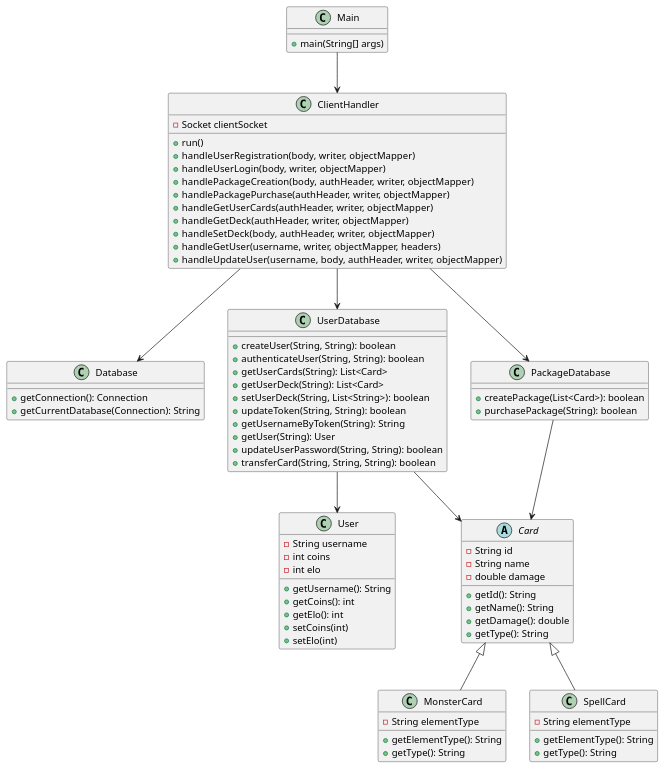
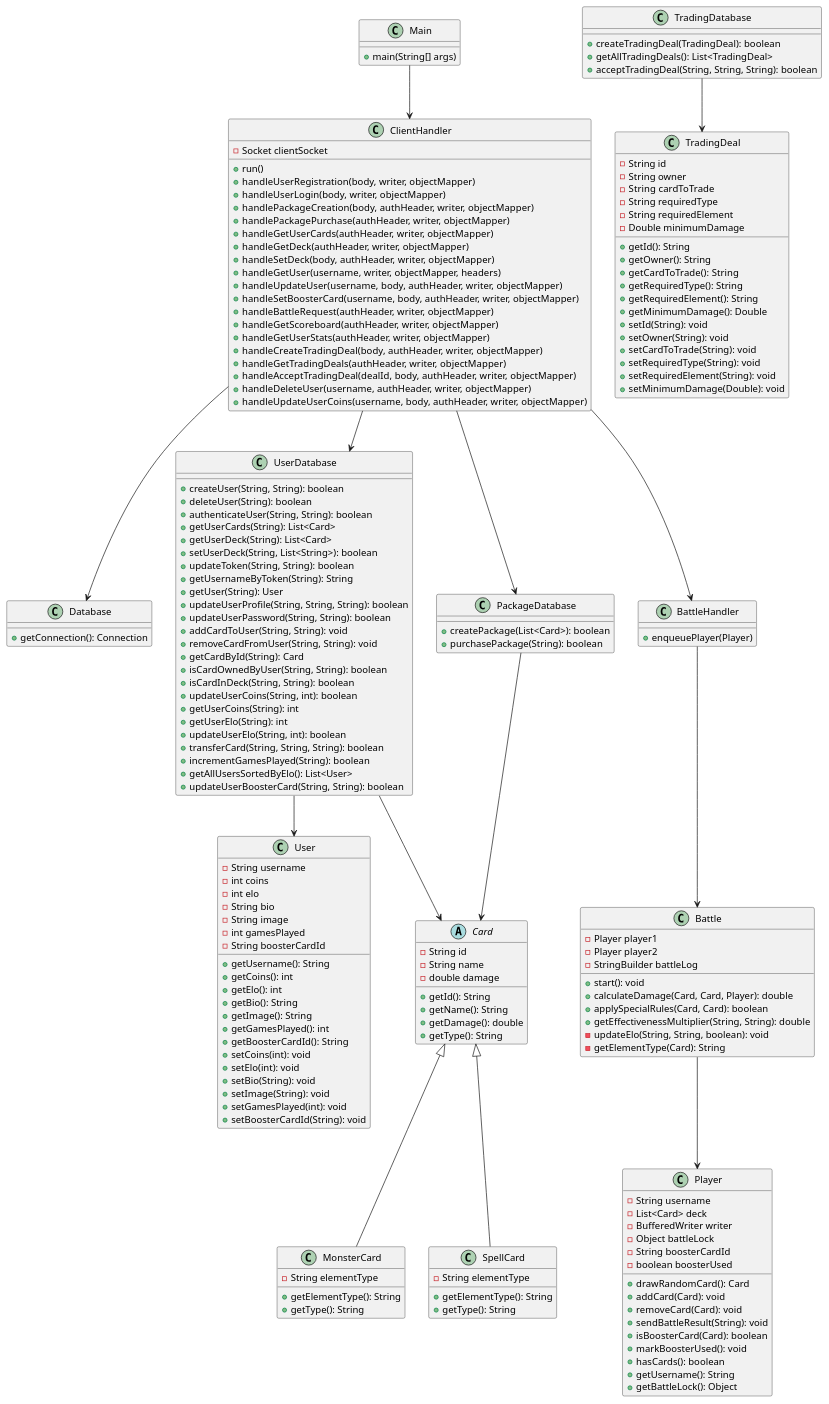
Before and after one commit to callhimcoul/MCTG: the diagram in src/main/java/test.puml, drawn with PlantUML. The commit also changed 1 other file, not shown here.

```diff
--- a/src/main/java/test.puml
+++ b/src/main/java/test.puml
@@ -1,85 +1,184 @@
 @startuml
 class Main {
     +main(String[] args)
 }
 
 class ClientHandler {
     -Socket clientSocket
     +run()
     +handleUserRegistration(body, writer, objectMapper)
     +handleUserLogin(body, writer, objectMapper)
     +handlePackageCreation(body, authHeader, writer, objectMapper)
     +handlePackagePurchase(authHeader, writer, objectMapper)
     +handleGetUserCards(authHeader, writer, objectMapper)
     +handleGetDeck(authHeader, writer, objectMapper)
     +handleSetDeck(body, authHeader, writer, objectMapper)
     +handleGetUser(username, writer, objectMapper, headers)
     +handleUpdateUser(username, body, authHeader, writer, objectMapper)
+    +handleSetBoosterCard(username, body, authHeader, writer, objectMapper)
+    +handleBattleRequest(authHeader, writer, objectMapper)
+    +handleGetScoreboard(authHeader, writer, objectMapper)
+    +handleGetUserStats(authHeader, writer, objectMapper)
+    +handleCreateTradingDeal(body, authHeader, writer, objectMapper)
+    +handleGetTradingDeals(authHeader, writer, objectMapper)
+    +handleAcceptTradingDeal(dealId, body, authHeader, writer, objectMapper)
+    +handleDeleteUser(username, authHeader, writer, objectMapper)
+    +handleUpdateUserCoins(username, body, authHeader, writer, objectMapper)
 }
 
 class Database {
     +getConnection(): Connection
-    +getCurrentDatabase(Connection): String
 }
 
 class UserDatabase {
     +createUser(String, String): boolean
+    +deleteUser(String): boolean
     +authenticateUser(String, String): boolean
     +getUserCards(String): List<Card>
     +getUserDeck(String): List<Card>
     +setUserDeck(String, List<String>): boolean
     +updateToken(String, String): boolean
     +getUsernameByToken(String): String
     +getUser(String): User
+    +updateUserProfile(String, String, String): boolean
     +updateUserPassword(String, String): boolean
+    +addCardToUser(String, String): void
+    +removeCardFromUser(String, String): void
+    +getCardById(String): Card
+    +isCardOwnedByUser(String, String): boolean
+    +isCardInDeck(String, String): boolean
+    +updateUserCoins(String, int): boolean
+    +getUserCoins(String): int
+    +getUserElo(String): int
+    +updateUserElo(String, int): boolean
     +transferCard(String, String, String): boolean
+    +incrementGamesPlayed(String): boolean
+    +getAllUsersSortedByElo(): List<User>
+    +updateUserBoosterCard(String, String): boolean
 }
 
 class PackageDatabase {
     +createPackage(List<Card>): boolean
     +purchasePackage(String): boolean
 }
 
 class User {
     -String username
     -int coins
     -int elo
+    -String bio
+    -String image
+    -int gamesPlayed
+    -String boosterCardId
     +getUsername(): String
     +getCoins(): int
     +getElo(): int
-    +setCoins(int)
-    +setElo(int)
+    +getBio(): String
+    +getImage(): String
+    +getGamesPlayed(): int
+    +getBoosterCardId(): String
+    +setCoins(int): void
+    +setElo(int): void
+    +setBio(String): void
+    +setImage(String): void
+    +setGamesPlayed(int): void
+    +setBoosterCardId(String): void
+}
+
+class TradingDatabase {
+    +createTradingDeal(TradingDeal): boolean
+    +getAllTradingDeals(): List<TradingDeal>
+    +acceptTradingDeal(String, String, String): boolean
+}
+
+class TradingDeal {
+    -String id
+    -String owner
+    -String cardToTrade
+    -String requiredType
+    -String requiredElement
+    -Double minimumDamage
+    +getId(): String
+    +getOwner(): String
+    +getCardToTrade(): String
+    +getRequiredType(): String
+    +getRequiredElement(): String
+    +getMinimumDamage(): Double
+    +setId(String): void
+    +setOwner(String): void
+    +setCardToTrade(String): void
+    +setRequiredType(String): void
+    +setRequiredElement(String): void
+    +setMinimumDamage(Double): void
 }
 
 abstract class Card {
     -String id
     -String name
     -double damage
     +getId(): String
     +getName(): String
     +getDamage(): double
     +getType(): String
 }
 
 class MonsterCard {
     -String elementType
     +getElementType(): String
     +getType(): String
 }
 
 class SpellCard {
     -String elementType
     +getElementType(): String
     +getType(): String
 }
 
+class Battle {
+    -Player player1
+    -Player player2
+    -StringBuilder battleLog
+    +start(): void
+    +calculateDamage(Card, Card, Player): double
+    +applySpecialRules(Card, Card): boolean
+    +getEffectivenessMultiplier(String, String): double
+    -updateElo(String, String, boolean): void
+    -getElementType(Card): String
+}
+
+class BattleHandler {
+    +enqueuePlayer(Player)
+}
+
+class Player {
+    -String username
+    -List<Card> deck
+    -BufferedWriter writer
+    -Object battleLock
+    -String boosterCardId
+    -boolean boosterUsed
+    +drawRandomCard(): Card
+    +addCard(Card): void
+    +removeCard(Card): void
+    +sendBattleResult(String): void
+    +isBoosterCard(Card): boolean
+    +markBoosterUsed(): void
+    +hasCards(): boolean
+    +getUsername(): String
+    +getBattleLock(): Object
+}
+
 Main --> ClientHandler
 ClientHandler --> UserDatabase
 ClientHandler --> PackageDatabase
 ClientHandler --> Database
+ClientHandler --> BattleHandler
+BattleHandler --> Battle
+Battle --> Player
 UserDatabase --> User
 UserDatabase --> Card
 PackageDatabase --> Card
 Card <|-- MonsterCard
 Card <|-- SpellCard
+TradingDatabase --> TradingDeal
 @enduml
```
